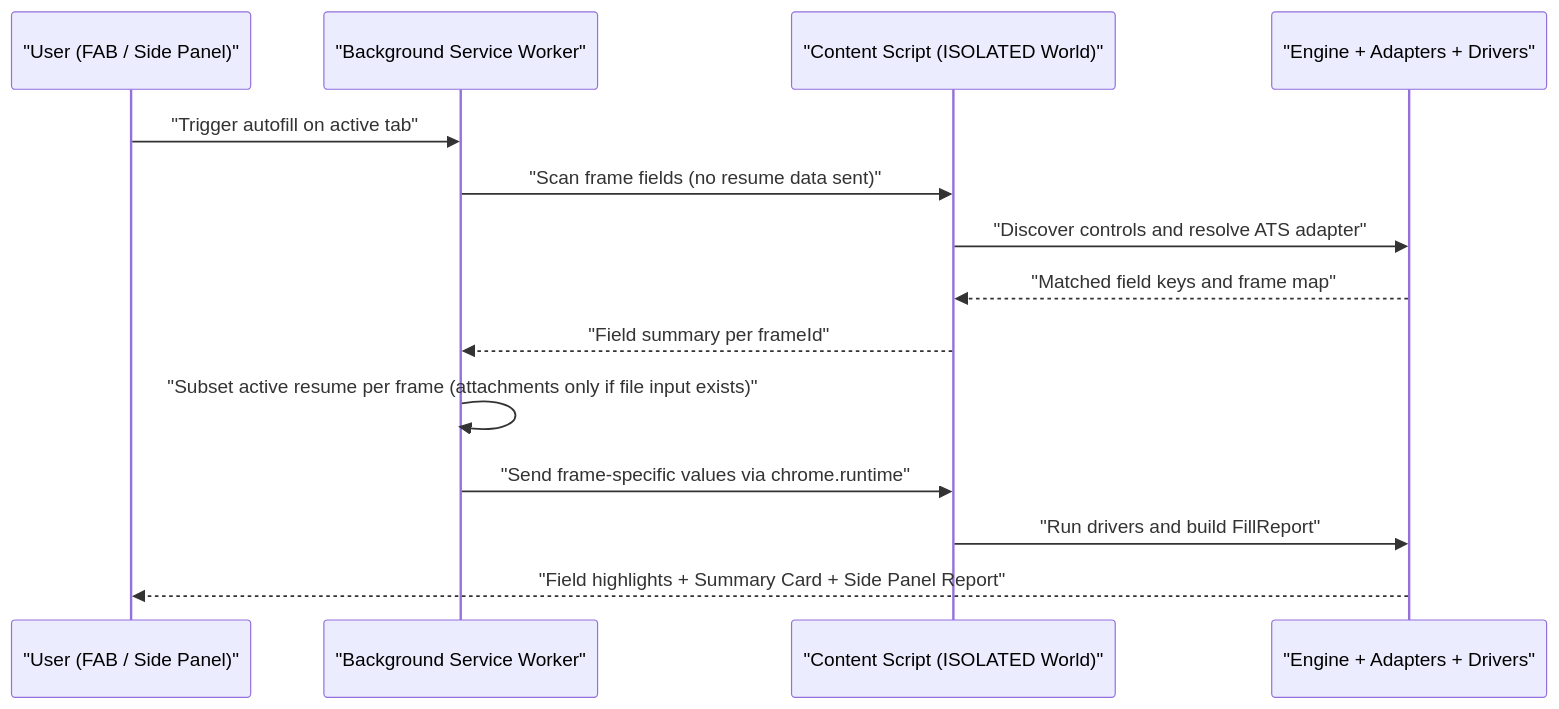
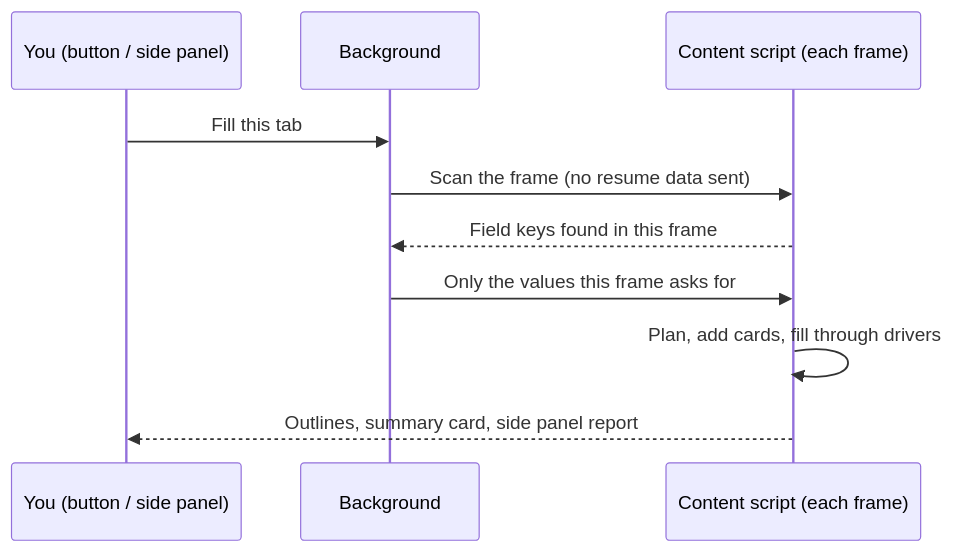
One commit to LewisSwan24/resume-autofill changed the diagram in README.md. Above: the diagram before and after it, drawn with Mermaid. The commit also changed other lines of this file and 1 other file, not shown here.

````diff
--- a/README.md
+++ b/README.md
@@ -48,17 +101,12 @@
 ```mermaid
 sequenceDiagram
-    participant User as "User (FAB / Side Panel)"
-    participant BG as "Background Service Worker"
-    participant CS as "Content Script (ISOLATED World)"
-    participant Engine as "Engine + Adapters + Drivers"
-
-    User->>BG: "Trigger autofill on active tab"
-    BG->>CS: "Scan frame fields (no resume data sent)"
-    CS->>Engine: "Discover controls and resolve ATS adapter"
-    Engine-->>CS: "Matched field keys and frame map"
-    CS-->>BG: "Field summary per frameId"
-    BG->>BG: "Subset active resume per frame (attachments only if file input exists)"
-    BG->>CS: "Send frame-specific values via chrome.runtime"
-    CS->>Engine: "Run drivers and build FillReport"
-    Engine-->>User: "Field highlights + Summary Card + Side Panel Report"
+    participant U as You (button / side panel)
+    participant B as Background
+    participant C as Content script (each frame)
+    U->>B: Fill this tab
+    B->>C: Scan the frame (no resume data sent)
+    C-->>B: Field keys found in this frame
+    B->>C: Only the values this frame asks for
+    C->>C: Plan, add cards, fill through drivers
+    C-->>U: Outlines, summary card, side panel report
 ```
````
